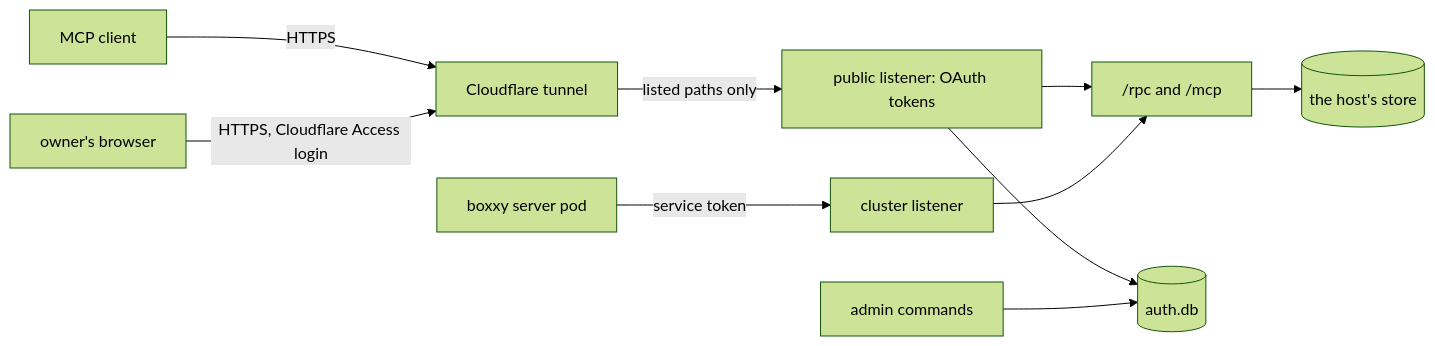
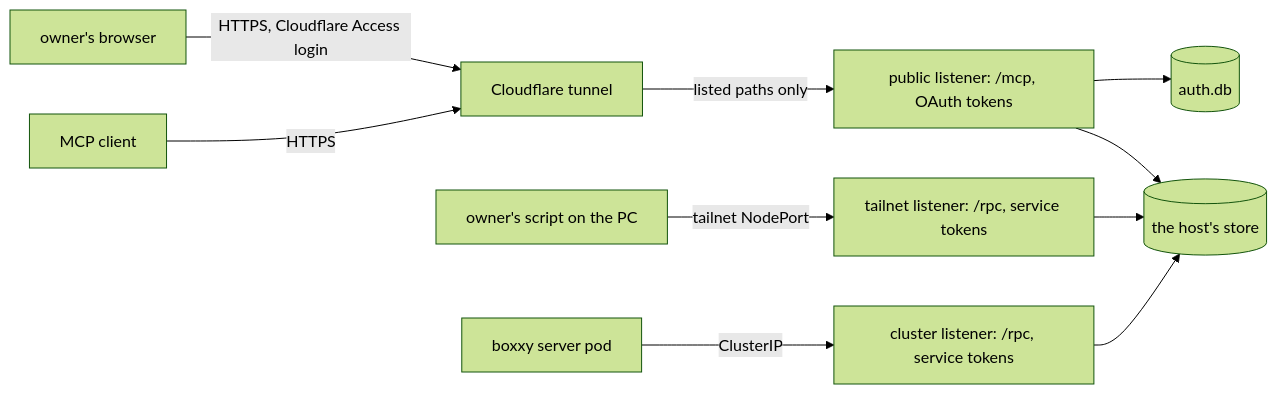
One commit to zgeoff/pepys changed the diagram in docs/design/api-auth.md. Above: the diagram before and after it, drawn with Mermaid (forest theme). The commit also changed other lines of this file, not shown here.

Commit message:
docs: route /rpc over the tailnet and bind tokens to listeners

````diff
--- a/docs/design/api-auth.md
+++ b/docs/design/api-auth.md
@@ -26,12 +27,12 @@
 ```mermaid
 flowchart LR
   client["MCP client"] -->|"HTTPS"| edge["Cloudflare tunnel"]
   browser["owner's browser"] -->|"HTTPS, Cloudflare Access login"| edge
-  edge -->|"listed paths only"| public["public listener: OAuth tokens"]
-  boxxy["boxxy server pod"] -->|"service token"| cluster["cluster listener"]
-  public --> queries["/rpc and /mcp"]
-  cluster --> queries
-  queries --> store[("the host's store")]
+  edge -->|"listed paths only"| public["public listener: /mcp, OAuth tokens"]
+  pc["owner's script on the PC"] -->|"tailnet NodePort"| tailnet["tailnet listener: /rpc, service tokens"]
+  boxxy["boxxy server pod"] -->|"ClusterIP"| cluster["cluster listener: /rpc, service tokens"]
+  public --> store[("the host's store")]
+  tailnet --> store
+  cluster --> store
   public --> authdb[("auth.db")]
-  admin["admin commands"] --> authdb
 ```
````
